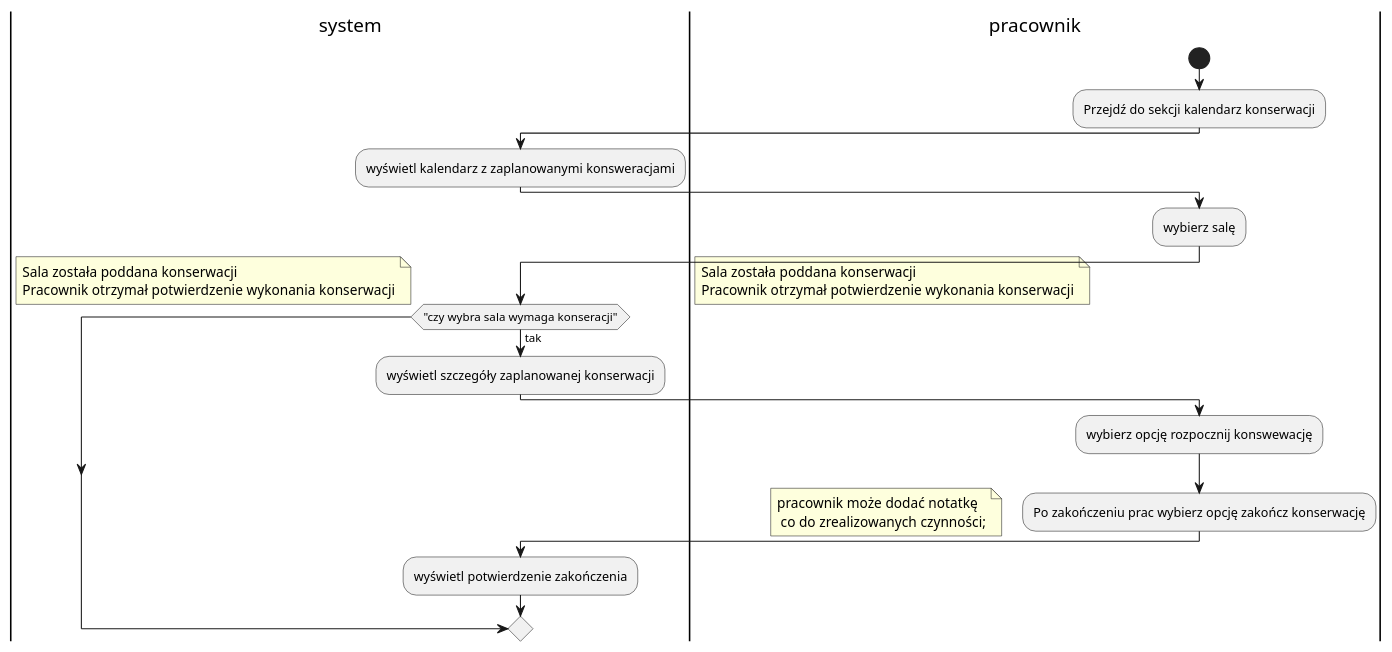
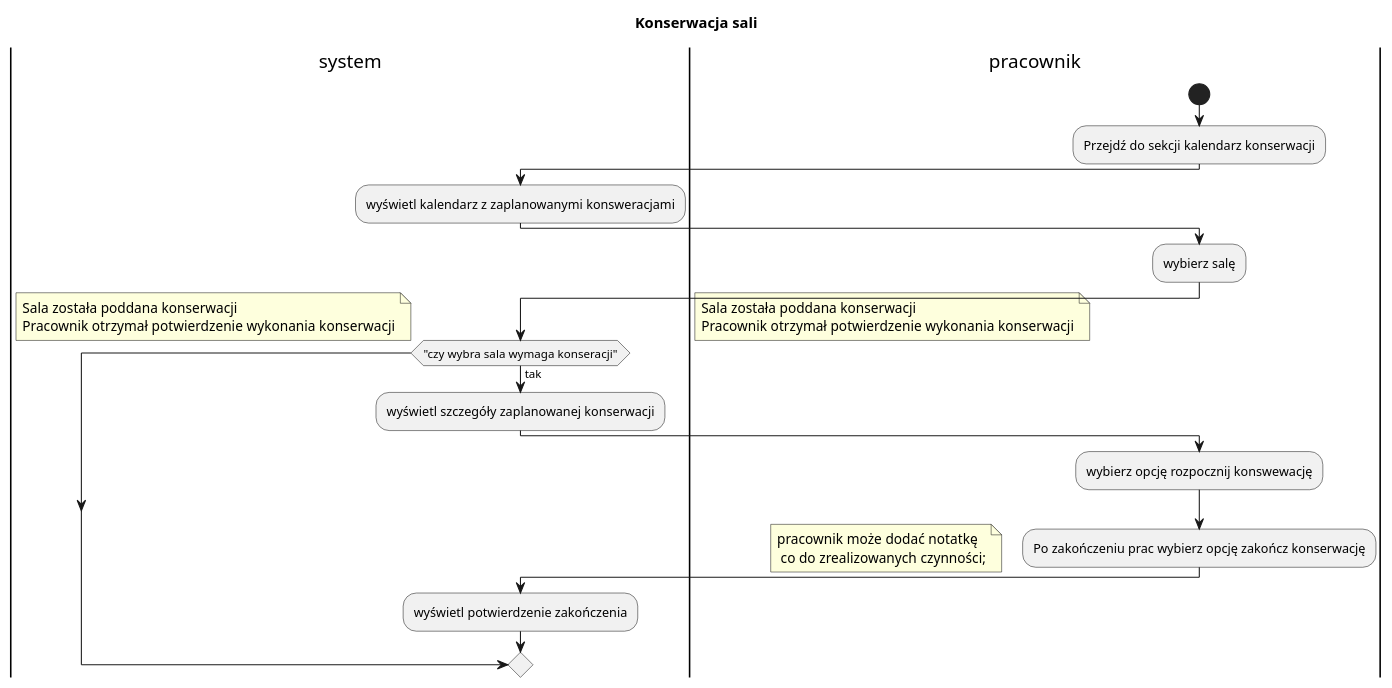
One commit to filip-stepien/software-engineering-lab changed the diagram in src/activity_diagrams/rafal/konserwacja_sali.puml. Above: the diagram before and after it, drawn with PlantUML. The commit also changed 1 other file, not shown here.

```diff
--- a/src/activity_diagrams/rafal/konserwacja_sali.puml
+++ b/src/activity_diagrams/rafal/konserwacja_sali.puml
@@ -1,31 +1,31 @@
 @startuml
-
+title "Konserwacja sali"
 |s|system
 |p|pracownik
 floating note left
     - Pracownik jest zalogowany w systemie
     - Jest zaplanowana konserwacja sali
 end note
 start
 :Przejdź do sekcji kalendarz konserwacji;
 |s|
 :wyświetl kalendarz z zaplanowanymi konsweracjami;
 |p|
 :wybierz salę;
 |s|
 if ("czy wybra sala wymaga konseracji") then (tak)
 :wyświetl szczegóły zaplanowanej konserwacji;
 |p|
 :wybierz opcję rozpocznij konswewację;
 :Po zakończeniu prac wybierz opcję zakończ konserwację;
 floating note left: pracownik może dodać notatkę\n co do zrealizowanych czynności;
 |s|
 :wyświetl potwierdzenie zakończenia;
 endif
 
 floating note left
     Sala została poddana konserwacji
     Pracownik otrzymał potwierdzenie wykonania konserwacji
 end note
 
 @enduml
```
